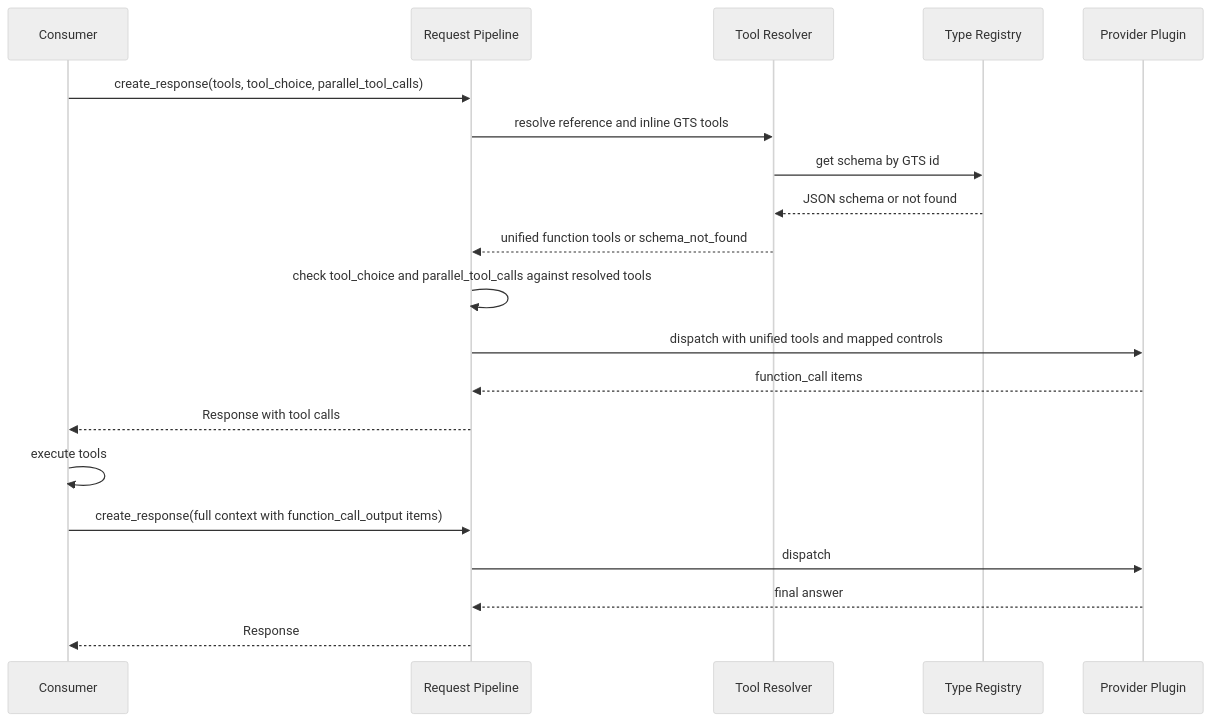
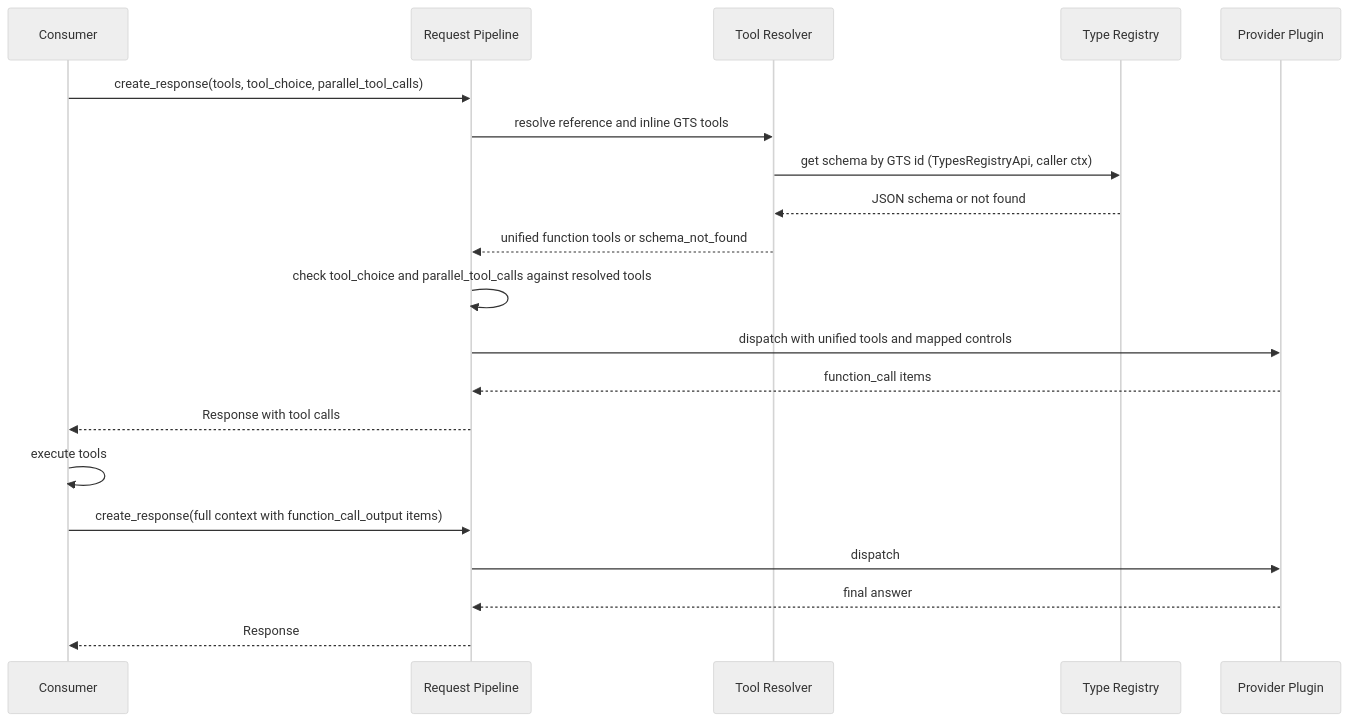
Before and after one commit to AndIConstructor/gears-rust: the seventh of 14 diagrams in gears/llm-gateway/docs/DESIGN.md, drawn with Mermaid (neutral theme). The commit also changed other lines of this file and 1 other file, not shown here.

````diff
--- a/gears/llm-gateway/docs/DESIGN.md
+++ b/gears/llm-gateway/docs/DESIGN.md
@@ -915,22 +883,22 @@
 ```mermaid
 sequenceDiagram
     participant C as Consumer
     participant P as Request Pipeline
     participant TR as Tool Resolver
     participant TY as Type Registry
     participant PL as Provider Plugin
     C->>P: create_response(tools, tool_choice, parallel_tool_calls)
     P->>TR: resolve reference and inline GTS tools
-    TR->>TY: get schema by GTS id
+    TR->>TY: get schema by GTS id (TypesRegistryApi, caller ctx)
     TY-->>TR: JSON schema or not found
     TR-->>P: unified function tools or schema_not_found
     P->>P: check tool_choice and parallel_tool_calls against resolved tools
     P->>PL: dispatch with unified tools and mapped controls
     PL-->>P: function_call items
     P-->>C: Response with tool calls
     C->>C: execute tools
     C->>P: create_response(full context with function_call_output items)
     P->>PL: dispatch
     PL-->>P: final answer
     P-->>C: Response
 ```
````
